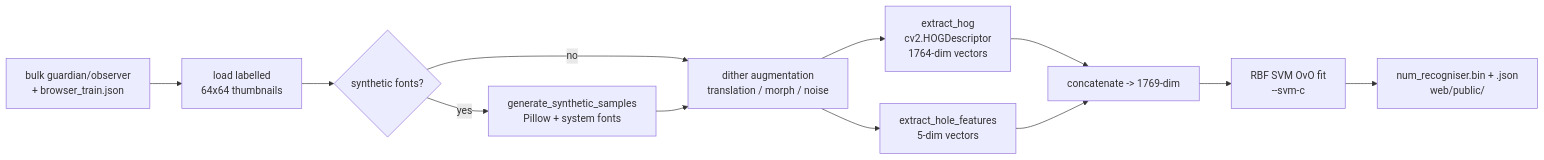
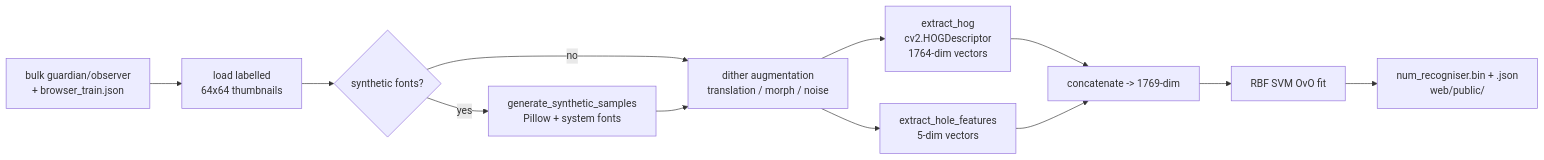
Before and after one commit to gbarrett28/cagedoku: diagram 11 of 11 in docs/image-pipeline.md, drawn with Mermaid. The commit also changed other lines of this file and 14 other files, not shown here.

````diff
--- a/docs/image-pipeline.md
+++ b/docs/image-pipeline.md
@@ -633,14 +633,14 @@
 ```mermaid
 flowchart LR
     A[bulk guardian/observer\n+ browser_train.json] --> B[load labelled\n64x64 thumbnails]
     B --> C{synthetic fonts?}
     C -- yes --> D[generate_synthetic_samples\nPillow + system fonts]
     C -- no --> E[dither augmentation\ntranslation / morph / noise]
     D --> E
     E --> F[extract_hog\ncv2.HOGDescriptor\n1764-dim vectors]
     E --> G[extract_hole_features\n5-dim vectors]
     F --> H[concatenate -> 1769-dim]
     G --> H
-    H --> I[RBF SVM OvO fit\n--svm-c]
+    H --> I[RBF SVM OvO fit]
     I --> J[num_recogniser.bin + .json\nweb/public/]
 ```
````
